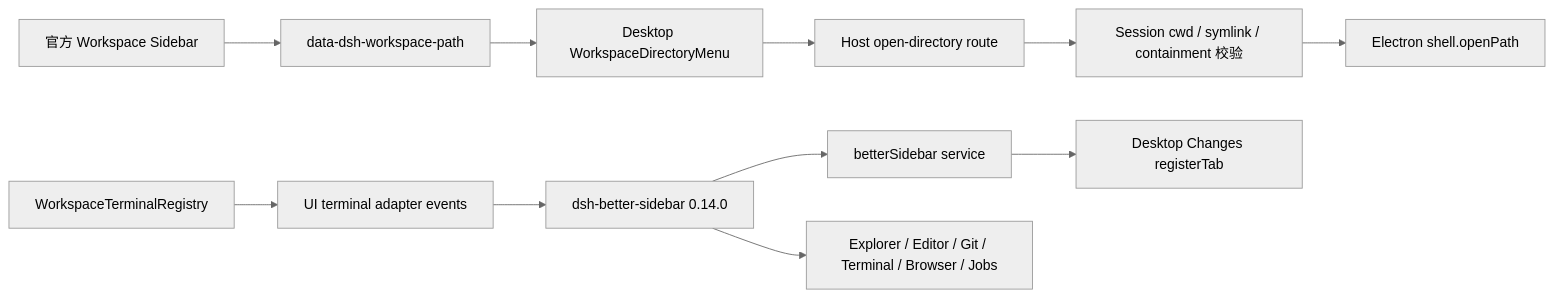
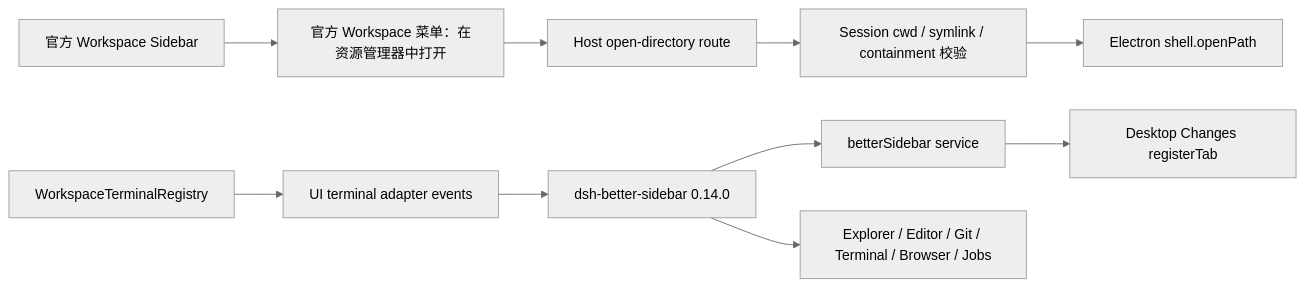
One commit to rw0104/DSH-desktop changed the diagram in docs/2026-08-20_market-and-workbench-regression-analysis.md. Above: the diagram before and after it, drawn with Mermaid (neutral theme). The commit also changed other lines of this file and 21 other files, not shown here.

Commit message:
fix(desktop): open workspace folders from official menus

````diff
--- a/docs/2026-08-20_market-and-workbench-regression-analysis.md
+++ b/docs/2026-08-20_market-and-workbench-regression-analysis.md
@@ -47,14 +47,13 @@
 ```mermaid
 flowchart LR
-  A[官方 Workspace Sidebar] --> B[data-dsh-workspace-path]
-  B --> C[Desktop WorkspaceDirectoryMenu]
-  C --> D[Host open-directory route]
-  D --> E[Session cwd / symlink / containment 校验]
-  E --> F[Electron shell.openPath]
+  A[官方 Workspace Sidebar] --> B[官方 Workspace 菜单：在资源管理器中打开]
+  B --> C[Host open-directory route]
+  C --> D[Session cwd / symlink / containment 校验]
+  D --> E[Electron shell.openPath]
 
   G[dsh-better-sidebar 0.14.0] --> H[betterSidebar service]
   H --> I[Desktop Changes registerTab]
   G --> J[Explorer / Editor / Git / Terminal / Browser / Jobs]
   K[WorkspaceTerminalRegistry] --> L[UI terminal adapter events]
   L --> G
 ```
````
